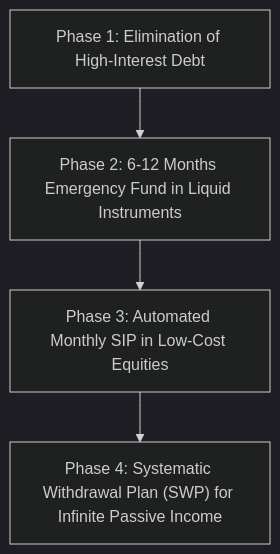
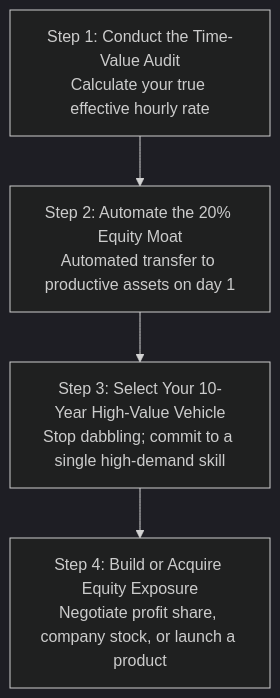
Before and after one commit to vs00918/ytdecoded: the fifth of 5 diagrams in src/content/topics/the-engine-of-wealth-and-capital-allocation.md, drawn with Mermaid (dark theme). The commit also changed other lines of this file, not shown here.

Commit message:
feat(topic): enrich engine of wealth with Alex Hormozi equity leverage and 4 paths framework

````diff
--- a/src/content/topics/the-engine-of-wealth-and-capital-allocation.md
+++ b/src/content/topics/the-engine-of-wealth-and-capital-allocation.md
@@ -101,7 +183,7 @@
 ```mermaid
 graph TD
-    S1["Phase 1: Elimination of High-Interest Debt"] --> S2["Phase 2: 6-12 Months Emergency Fund in Liquid Instruments"]
-    S2 --> S3["Phase 3: Automated Monthly SIP in Low-Cost Equities"]
-    S3 --> S4["Phase 4: Systematic Withdrawal Plan (SWP) for Infinite Passive Income"]
-
+    H1["Step 1: Conduct the Time-Value Audit<br>Calculate your true effective hourly rate"]
+    --> H2["Step 2: Automate the 20% Equity Moat<br>Automated transfer to productive assets on day 1"]
+    --> H3["Step 3: Select Your 10-Year High-Value Vehicle<br>Stop dabbling; commit to a single high-demand skill"]
+    --> H4["Step 4: Build or Acquire Equity Exposure<br>Negotiate profit share, company stock, or launch a product"]
 ```
````
